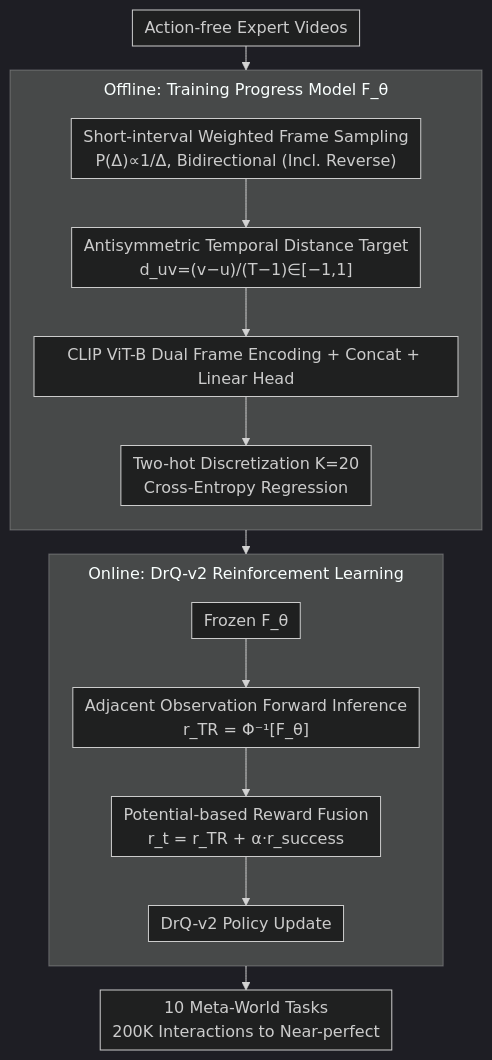
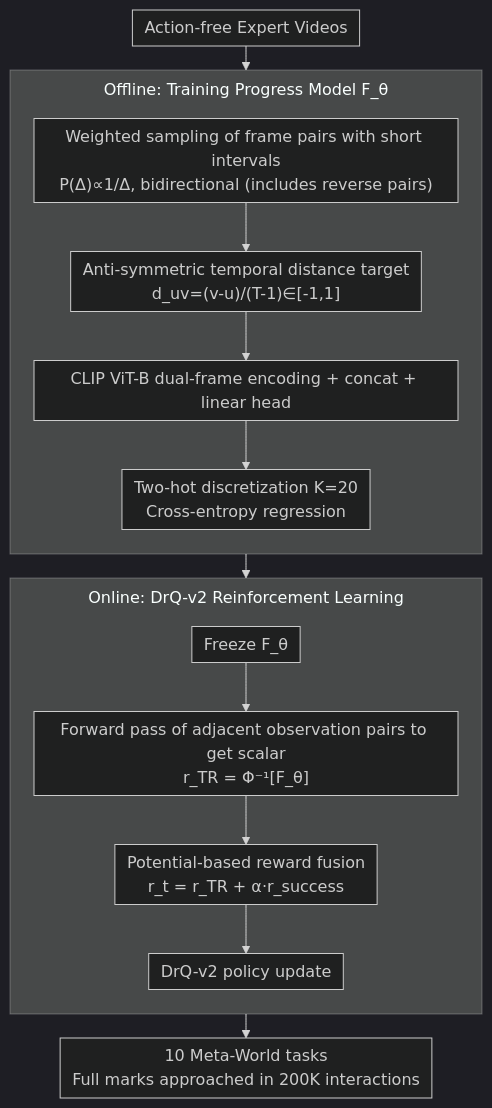
The diagram in docs/ICML2026/robotics/timerewarder_learning_dense_reward_from_passive_videos_via_frame-wise_temporal_d.md (zhaoyang97/Paper-Notes-en), drawn with Mermaid (dark theme) before and after one commit. The commit also changed other lines of this file and 5084 other files, not shown here.

````diff
--- a/docs/ICML2026/robotics/timerewarder_learning_dense_reward_from_passive_videos_via_frame-wise_temporal_d.md
+++ b/docs/ICML2026/robotics/timerewarder_learning_dense_reward_from_passive_videos_via_frame-wise_temporal_d.md
@@ -43,19 +43,19 @@
 ```mermaid
 %%{init: {'flowchart': {'rankSpacing': 24, 'nodeSpacing': 28, 'padding': 6, 'wrappingWidth': 400, 'subGraphTitleMargin': {'top': 8, 'bottom': 16}}}}%%
 flowchart TD
     A["Action-free Expert Videos"] --> B
     subgraph OFF["Offline: Training Progress Model F_θ"]
         direction TB
-        B["Short-interval Weighted Frame Sampling<br/>P(Δ)∝1/Δ, Bidirectional (Incl. Reverse)"] --> C["Antisymmetric Temporal Distance Target<br/>d_uv=(v−u)/(T−1)∈[−1,1]"]
-        C --> D["CLIP ViT-B Dual Frame Encoding + Concat + Linear Head"]
-        D --> E["Two-hot Discretization K=20<br/>Cross-Entropy Regression"]
+        B["Weighted sampling of frame pairs with short intervals<br/>P(Δ)∝1/Δ, bidirectional (includes reverse pairs)"] --> C["Anti-symmetric temporal distance target<br/>d_uv=(v-u)/(T-1)∈[-1,1]"]
+        C --> D["CLIP ViT-B dual-frame encoding + concat + linear head"]
+        D --> E["Two-hot discretization K=20<br/>Cross-entropy regression"]
     end
-    E --> F["Frozen F_θ"]
+    E --> F["Freeze F_θ"]
     subgraph ON["Online: DrQ-v2 Reinforcement Learning"]
         direction TB
-        F --> G["Adjacent Observation Forward Inference<br/>r_TR = Φ⁻¹[F_θ]"]
-        G --> H["Potential-based Reward Fusion<br/>r_t = r_TR + α·r_success"]
-        H --> I["DrQ-v2 Policy Update"]
+        F --> G["Forward pass of adjacent observation pairs to get scalar<br/>r_TR = Φ⁻¹[F_θ]"]
+        G --> H["Potential-based reward fusion<br/>r_t = r_TR + α·r_success"]
+        H --> I["DrQ-v2 policy update"]
     end
-    I --> J["10 Meta-World Tasks<br/>200K Interactions to Near-perfect"]
+    I --> J["10 Meta-World tasks<br/>Full marks approached in 200K interactions"]
 ```
````
